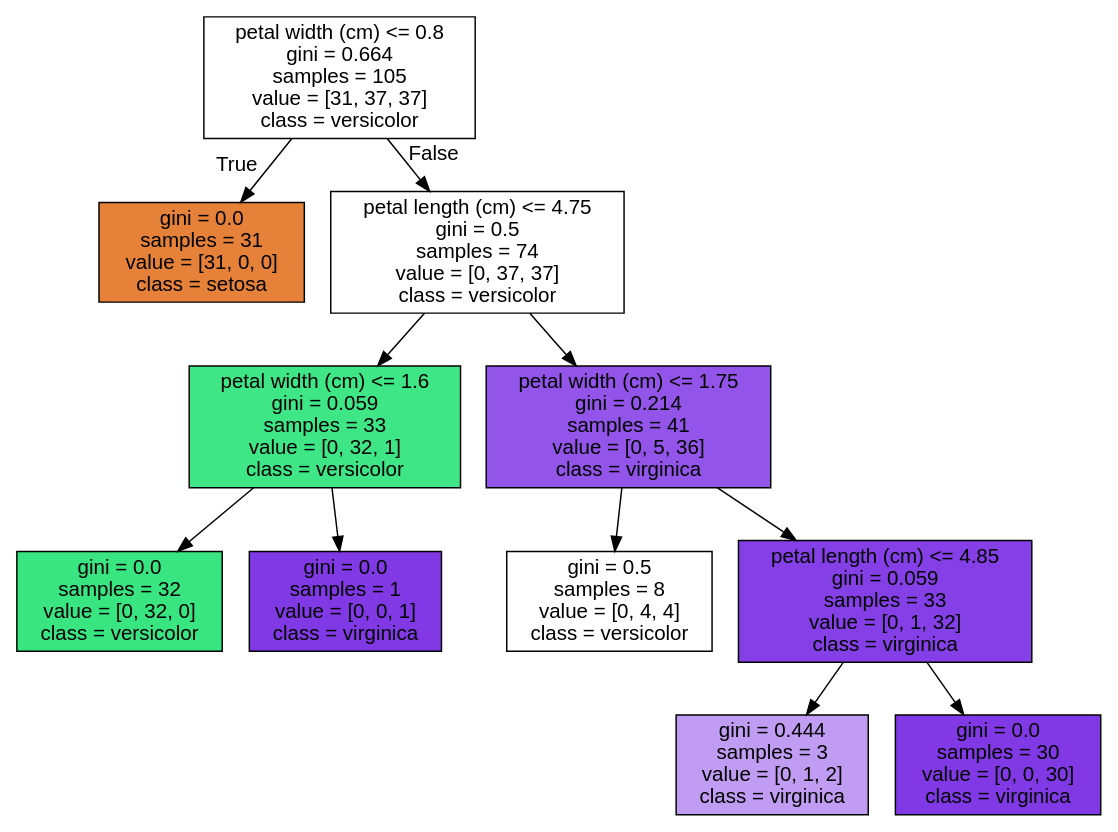
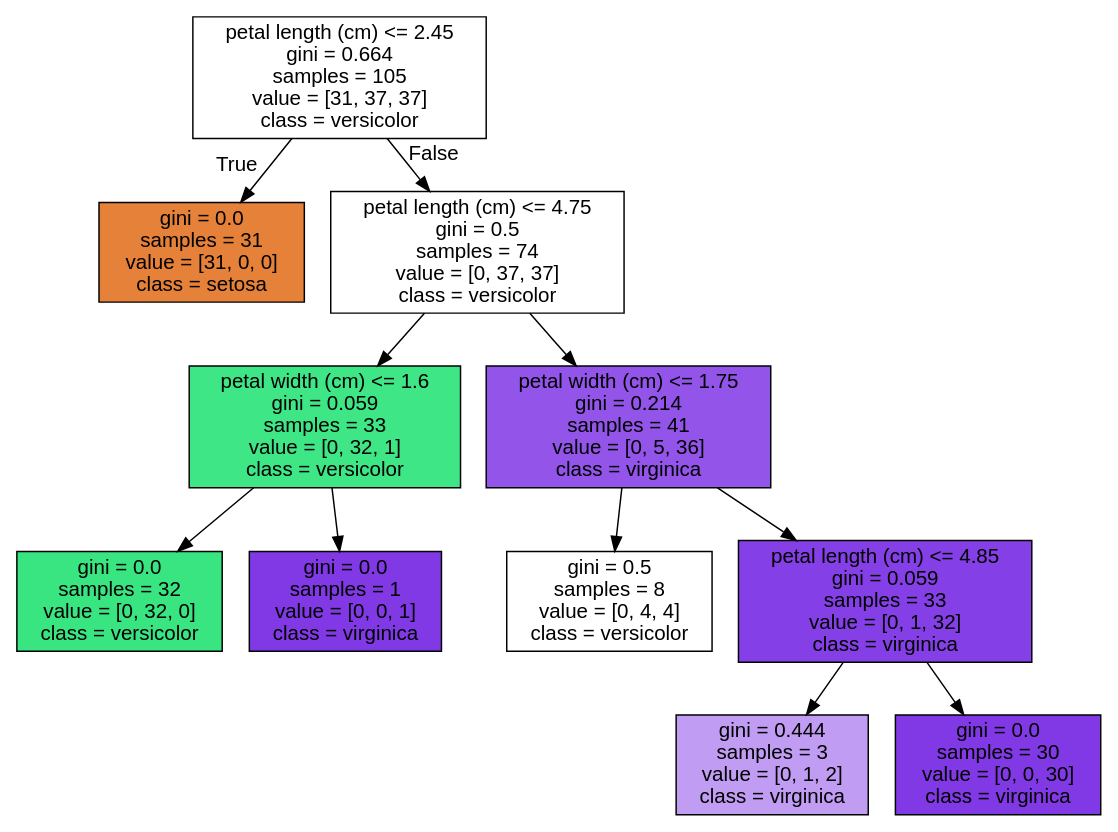
Before and after one commit to kbigdata005/ml: the diagram in tree.dot, drawn with Graphviz. The commit also changed 3 other files, not shown here.

```diff
--- a/tree.dot
+++ b/tree.dot
@@ -1,25 +1,25 @@
 digraph Tree {
 node [shape=box, style="filled", color="black", fontname="helvetica"] ;
 edge [fontname="helvetica"] ;
-0 [label="petal width (cm) <= 0.8\ngini = 0.664\nsamples = 105\nvalue = [31, 37, 37]\nclass = versicolor", fillcolor="#ffffff"] ;
+0 [label="petal length (cm) <= 2.45\ngini = 0.664\nsamples = 105\nvalue = [31, 37, 37]\nclass = versicolor", fillcolor="#ffffff"] ;
 1 [label="gini = 0.0\nsamples = 31\nvalue = [31, 0, 0]\nclass = setosa", fillcolor="#e58139"] ;
 0 -> 1 [labeldistance=2.5, labelangle=45, headlabel="True"] ;
 2 [label="petal length (cm) <= 4.75\ngini = 0.5\nsamples = 74\nvalue = [0, 37, 37]\nclass = versicolor", fillcolor="#ffffff"] ;
 0 -> 2 [labeldistance=2.5, labelangle=-45, headlabel="False"] ;
 3 [label="petal width (cm) <= 1.6\ngini = 0.059\nsamples = 33\nvalue = [0, 32, 1]\nclass = versicolor", fillcolor="#3fe685"] ;
 2 -> 3 ;
 4 [label="gini = 0.0\nsamples = 32\nvalue = [0, 32, 0]\nclass = versicolor", fillcolor="#39e581"] ;
 3 -> 4 ;
 5 [label="gini = 0.0\nsamples = 1\nvalue = [0, 0, 1]\nclass = virginica", fillcolor="#8139e5"] ;
 3 -> 5 ;
 6 [label="petal width (cm) <= 1.75\ngini = 0.214\nsamples = 41\nvalue = [0, 5, 36]\nclass = virginica", fillcolor="#9254e9"] ;
 2 -> 6 ;
 7 [label="gini = 0.5\nsamples = 8\nvalue = [0, 4, 4]\nclass = versicolor", fillcolor="#ffffff"] ;
 6 -> 7 ;
 8 [label="petal length (cm) <= 4.85\ngini = 0.059\nsamples = 33\nvalue = [0, 1, 32]\nclass = virginica", fillcolor="#853fe6"] ;
 6 -> 8 ;
 9 [label="gini = 0.444\nsamples = 3\nvalue = [0, 1, 2]\nclass = virginica", fillcolor="#c09cf2"] ;
 8 -> 9 ;
 10 [label="gini = 0.0\nsamples = 30\nvalue = [0, 0, 30]\nclass = virginica", fillcolor="#8139e5"] ;
 8 -> 10 ;
 }
```
